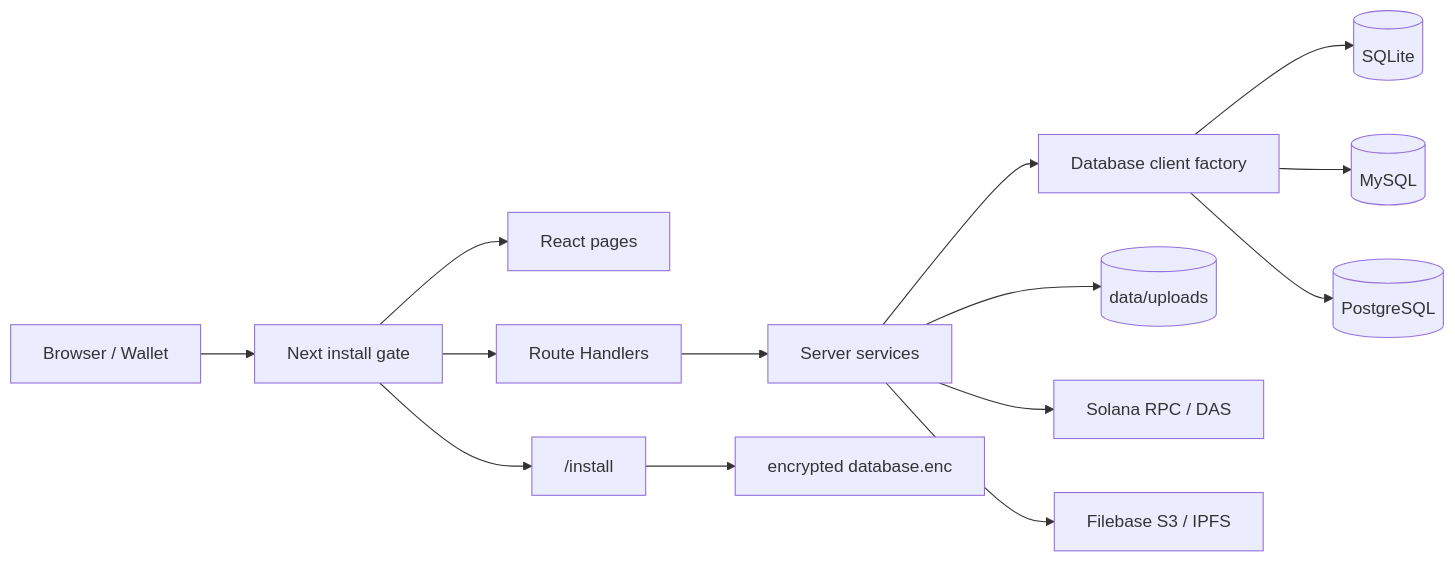
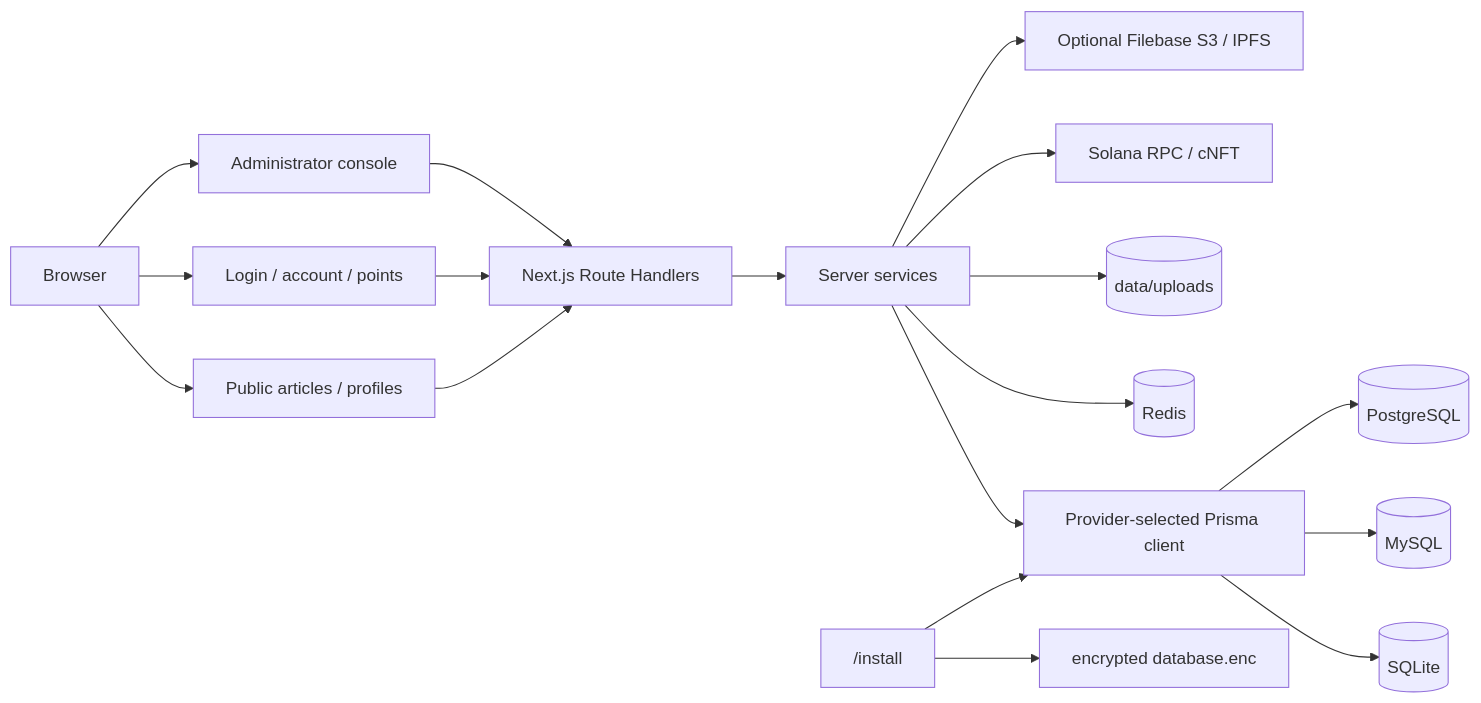
One commit to holic512/SlothVault changed the diagram in README.md. Above: the diagram before and after it, drawn with Mermaid. The commit also changed other lines of this file and 107 other files, not shown here.

````diff
--- a/README.md
+++ b/README.md
@@ -135,16 +117,24 @@
 ```mermaid
 flowchart LR
-    Browser["Browser / Wallet"] --> Gate["Next install gate"]
-    Gate --> Pages["React pages"]
-    Gate --> Routes["Route Handlers"]
+    Browser["Browser"] --> Public["Public articles / profiles"]
+    Browser --> Account["Login / account / points"]
+    Browser --> Admin["Administrator console"]
+
+    Public --> Routes["Next.js Route Handlers"]
+    Account --> Routes
+    Admin --> Routes
+
     Routes --> Services["Server services"]
-    Services --> Factory["Database client factory"]
-    Factory --> SQLite[(SQLite)]
-    Factory --> MySQL[(MySQL)]
-    Factory --> PostgreSQL[(PostgreSQL)]
+    Services --> Prisma["Provider-selected Prisma client"]
+    Prisma --> SQLite[(SQLite)]
+    Prisma --> MySQL[(MySQL)]
+    Prisma --> PostgreSQL[(PostgreSQL)]
+
+    Services --> Redis[(Redis)]
     Services --> Uploads[(data/uploads)]
-    Services --> Solana["Solana RPC / DAS"]
-    Services --> Filebase["Filebase S3 / IPFS"]
-    Gate --> Installer["/install"]
-    Installer --> Config["encrypted database.enc"]
+    Services --> Solana["Solana RPC / cNFT"]
+    Services --> Filebase["Optional Filebase S3 / IPFS"]
+
+    Installer["/install"] --> Config["encrypted database.enc"]
+    Installer --> Prisma
 ```
````
